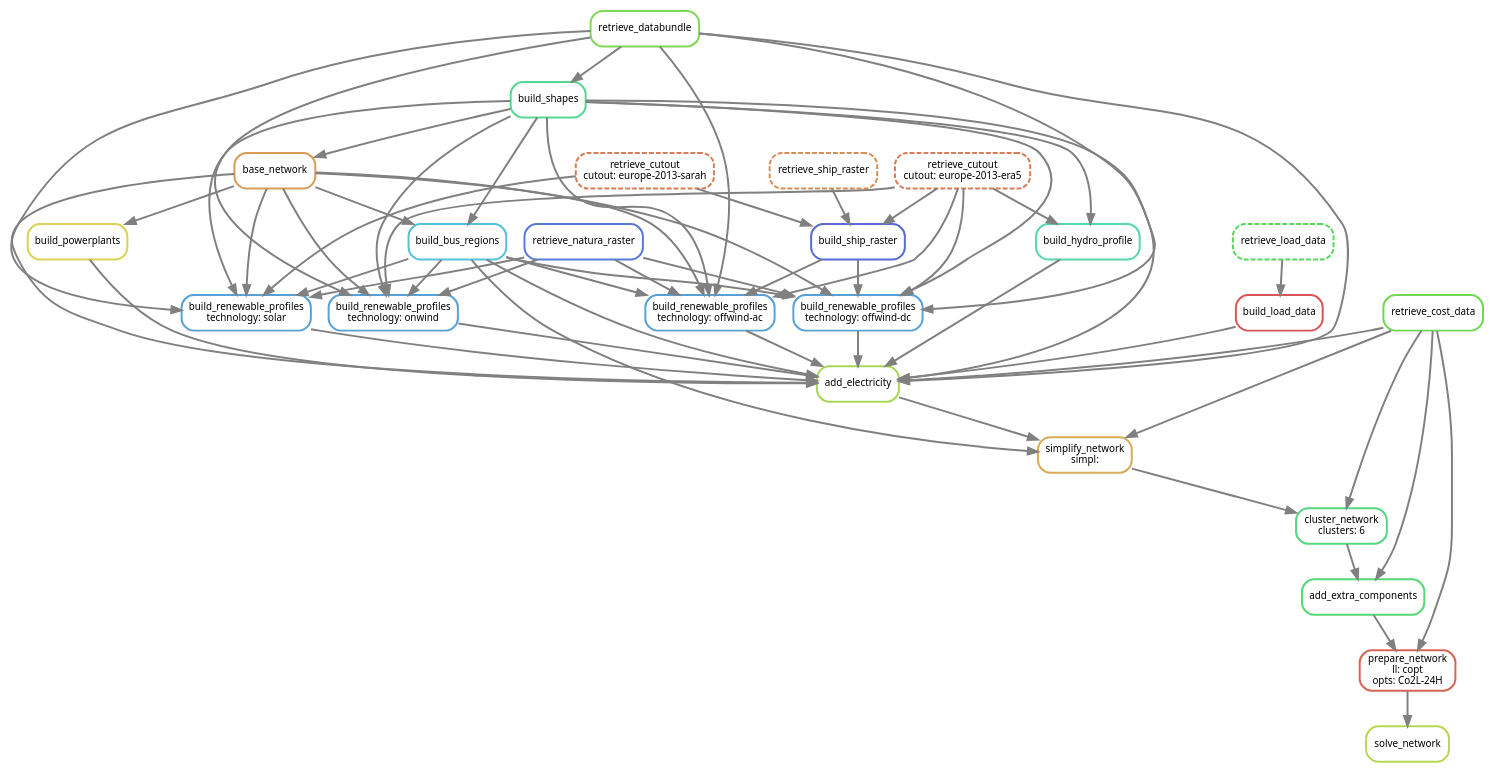
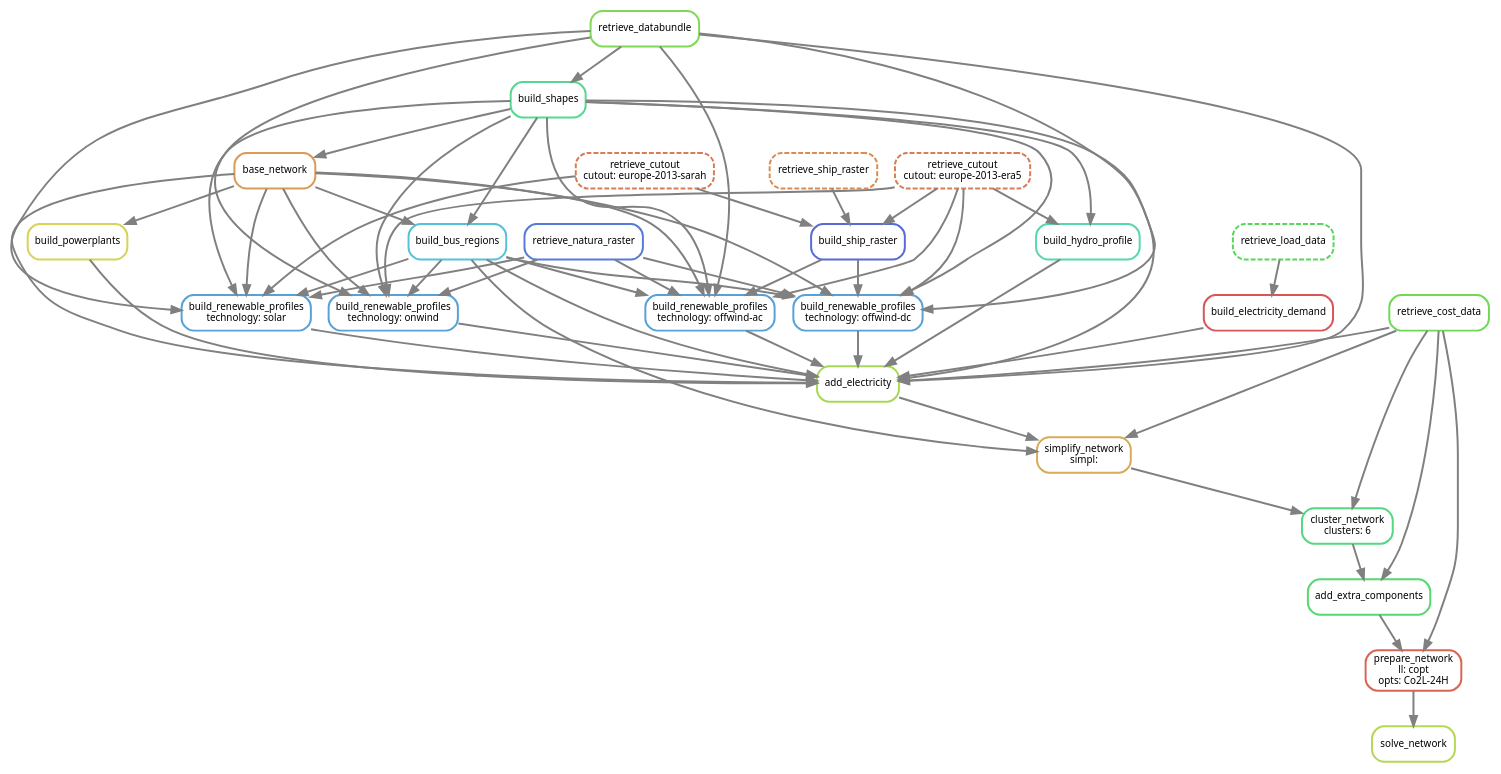
Before and after one commit to AGGM-AG/pypsa-at: the diagram in doc/tutorial.rst, drawn with Graphviz. The commit also changed other lines of this file and 1 other file, not shown here.

Commit message:
updated docs from build_load_data to build_electricity_demand

```diff
--- a/doc/tutorial.rst
+++ b/doc/tutorial.rst
@@ -155,7 +155,7 @@
         19[label = "build_hydro_profile", color = "0.44 0.6 0.85", style="rounded"];
         20[label = "retrieve_cost_data", color = "0.30 0.6 0.85", style="rounded"];
         21[label = "build_powerplants", color = "0.16 0.6 0.85", style="rounded"];
-        22[label = "build_load_data", color = "0.00 0.6 0.85", style="rounded"];
+        22[label = "build_electricity_demand", color = "0.00 0.6 0.85", style="rounded"];
         23[label = "retrieve_load_data", color = "0.34 0.6 0.85", style="rounded,dashed"];
         1 -> 0
         2 -> 1
```
